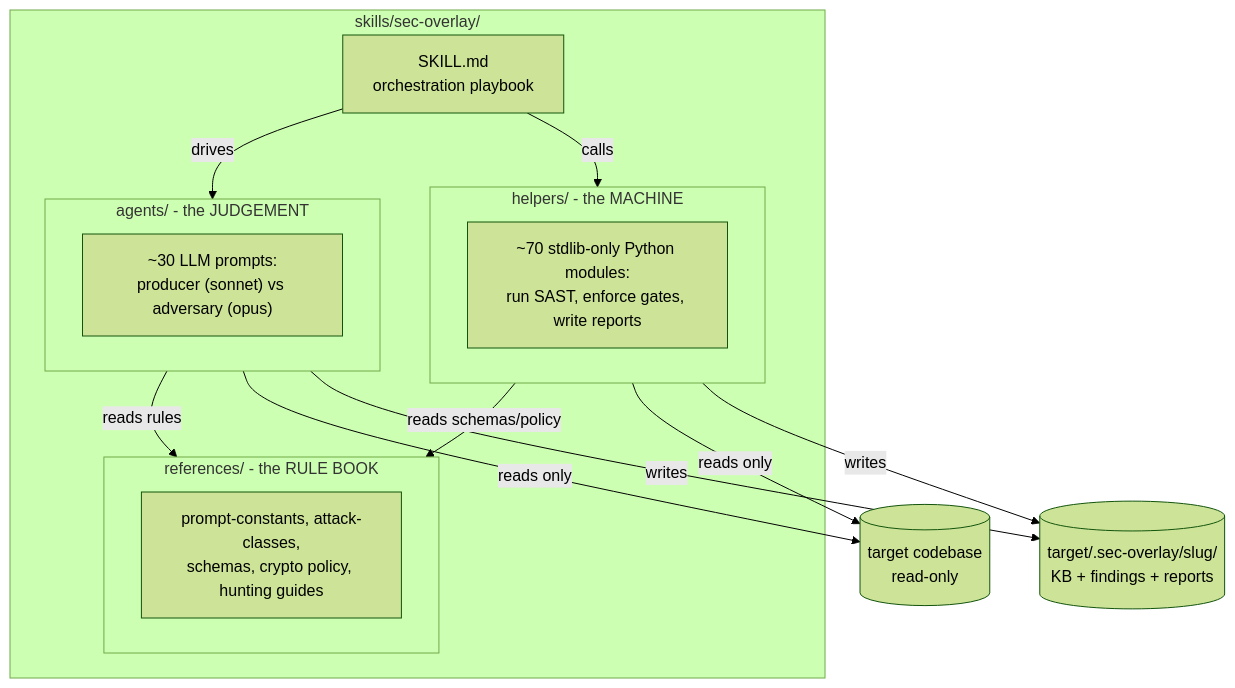
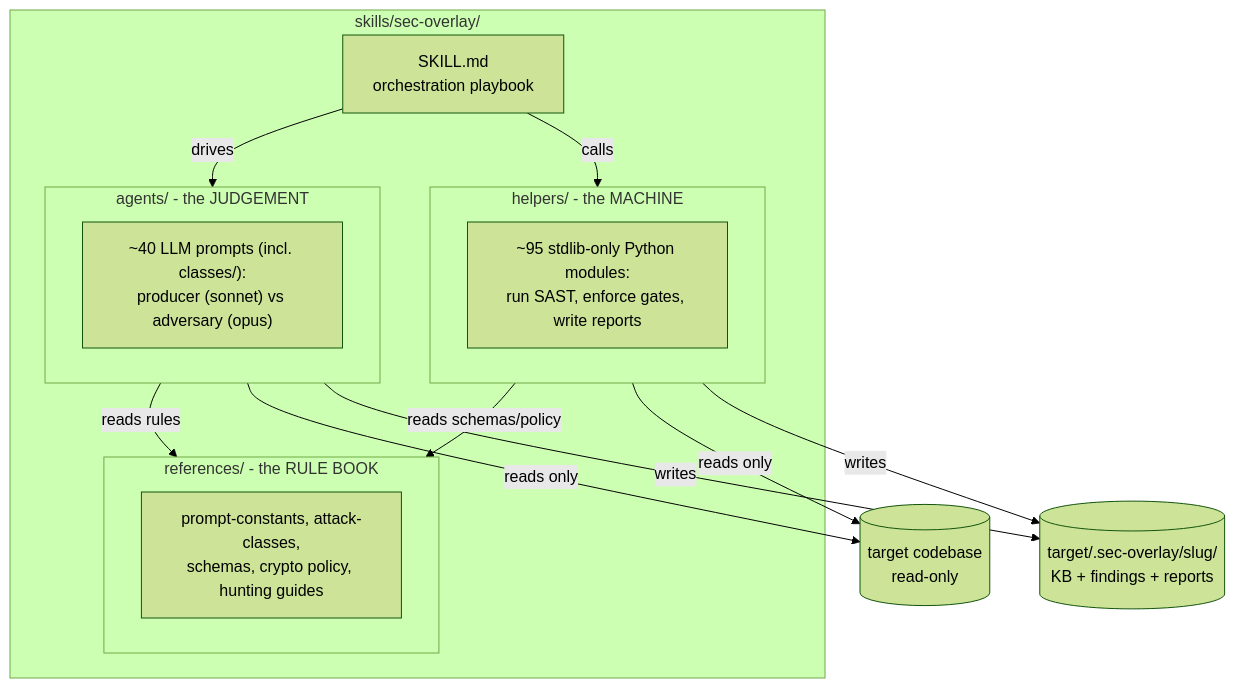
The diagram in openwiki/plugins/sec-overlay/overview.md (cjbischoff/cjbischoff-claude-code-tools), drawn with Mermaid (forest theme) before and after one commit. The commit also changed other lines of this file and 19 other files, not shown here.

````diff
--- a/openwiki/plugins/sec-overlay/overview.md
+++ b/openwiki/plugins/sec-overlay/overview.md
@@ -47,26 +47,26 @@
 ```mermaid
 flowchart TB
     subgraph OVERLAY["skills/sec-overlay/"]
         SKILL["SKILL.md<br/>orchestration playbook"]
         subgraph REF["references/ - the RULE BOOK"]
             R1["prompt-constants, attack-classes,<br/>schemas, crypto policy, hunting guides"]
         end
         subgraph AG["agents/ - the JUDGEMENT"]
-            A1["~30 LLM prompts:<br/>producer (sonnet) vs adversary (opus)"]
+            A1["~40 LLM prompts (incl. classes/):<br/>producer (sonnet) vs adversary (opus)"]
         end
         subgraph HP["helpers/ - the MACHINE"]
-            H1["~70 stdlib-only Python modules:<br/>run SAST, enforce gates, write reports"]
+            H1["~95 stdlib-only Python modules:<br/>run SAST, enforce gates, write reports"]
         end
     end
     TARGET[("target codebase<br/>read-only")]
     OUT[("target/.sec-overlay/slug/<br/>KB + findings + reports")]
 
     SKILL -->|drives| AG
     SKILL -->|calls| HP
     AG -->|reads rules| REF
     HP -->|reads schemas/policy| REF
     HP -->|reads only| TARGET
     AG -->|reads only| TARGET
     HP -->|writes| OUT
     AG -->|writes| OUT
 ```
````
